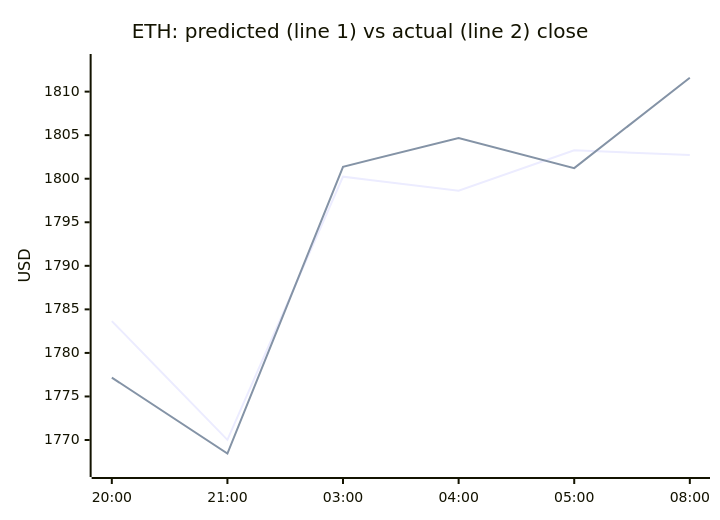
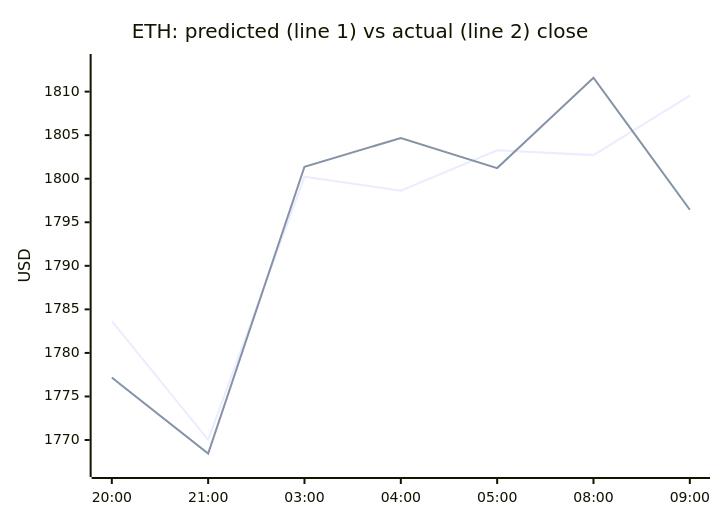
Before and after one commit to samuelkreitl-wq/crypto-hourly-forecaster: the second of 4 diagrams in README.md, drawn with Mermaid. The commit also changed other lines of this file and 14 other files, not shown here.

````diff
--- a/README.md
+++ b/README.md
@@ -47,8 +47,8 @@
 ```mermaid
 xychart-beta
     title "ETH: predicted (line 1) vs actual (line 2) close"
-    x-axis ["20:00", "21:00", "03:00", "04:00", "05:00", "08:00"]
+    x-axis ["20:00", "21:00", "03:00", "04:00", "05:00", "08:00", "09:00"]
     y-axis "USD" 1766.6716 --> 1813.4016
-    line [1783.6536, 1770.0216, 1800.2369, 1798.6210, 1803.2721, 1802.7104]
-    line [1777.1700, 1768.4400, 1801.3700, 1804.6700, 1801.2200, 1811.5900]
+    line [1783.6536, 1770.0216, 1800.2369, 1798.6210, 1803.2721, 1802.7104, 1809.5477]
+    line [1777.1700, 1768.4400, 1801.3700, 1804.6700, 1801.2200, 1811.5900, 1796.4400]
 ```
````
